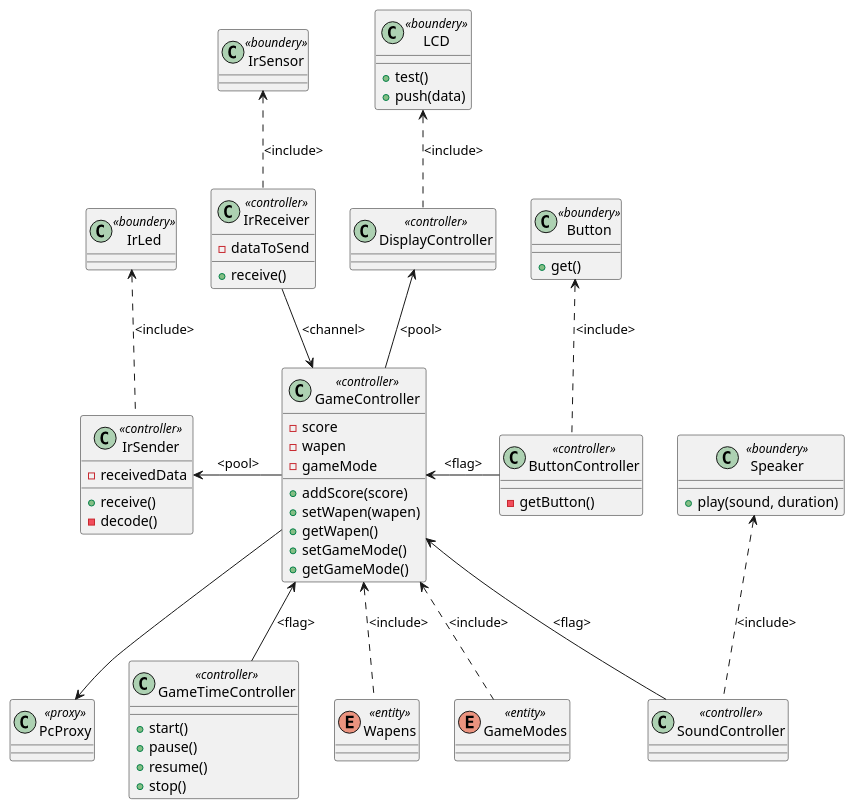
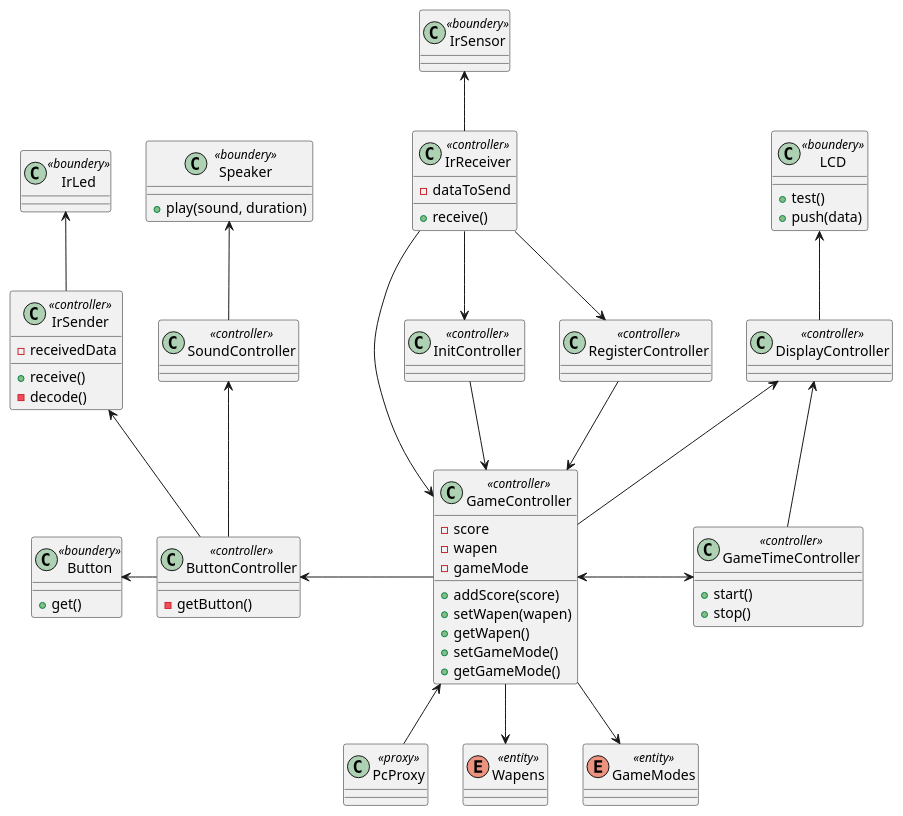
Before and after one commit to DavidDriessen/Skilled-Eagle_Lazer-Game: the diagram in Docs/architecture/class.puml, drawn with PlantUML. The commit also changed 1 other file, not shown here.

Commit message:
class diagram update

```diff
--- a/Docs/architecture/class.puml
+++ b/Docs/architecture/class.puml
@@ -1,77 +1,84 @@
 @startuml
 
 class LCD <<boundery>> {
 +test()
 +push(data)
 }
 class IrSensor <<boundery>> {
 }
 class IrLed <<boundery>> {
 }
 class Button <<boundery>> {
 +get()
 }
 class Speaker <<boundery>> {
 +play(sound, duration)
 }
 
 class PcProxy <<proxy>> {
 }
 
 class IrReceiver <<controller>> {
 -dataToSend
 +receive()
 }
 class IrSender <<controller>> {
 -receivedData
 +receive()
 -decode()
 }
 class SoundController <<controller>> {
 }
 class DisplayController <<controller>> {
 }
 class ButtonController <<controller>> {
 -getButton()
 }
 class GameController <<controller>> {
 -score
 -wapen
 -gameMode
 +addScore(score)
 +setWapen(wapen)
 +getWapen()
 +setGameMode()
 +getGameMode()
 }
 class GameTimeController <<controller>> {
 +start()
-+pause()
-+resume()
 +stop()
+}
+class InitController <<controller>> {
+}
+class RegisterController <<controller>> {
 }
 
 enum Wapens <<entity>>
 enum GameModes <<entity>>
 
-GameController <-.  Wapens: <include>
-GameController <-. GameModes: <include>
+LCD <-- DisplayController
+IrSensor <-- IrReceiver
+IrLed <-- IrSender
+Button <- ButtonController
+Speaker <-- SoundController
 
-LCD <-. DisplayController: <include>
-IrSensor <-. IrReceiver: <include>
-IrLed <-. IrSender: <include>
-Button <-. ButtonController: <include>
-Speaker <-. SoundController: <include>
+IrReceiver --> GameController
+IrReceiver --> InitController
+IrReceiver --> RegisterController
 
-IrReceiver --> GameController: <channel>
-DisplayController <-- GameController: <pool>
-IrSender <- GameController: <pool>
-GameController <- ButtonController: <flag>
-GameController <-- GameTimeController: <flag>
-GameController <-- SoundController: <flag>
-GameController --> PcProxy
+InitController --> GameController
+RegisterController --> GameController
 
+GameController <-> GameTimeController
+DisplayController <-- GameTimeController
+DisplayController <-- GameController
 
+ButtonController <- GameController
+IrSender <-- ButtonController
+SoundController <-- ButtonController
 
+GameController -->  Wapens
+GameController --> GameModes
+GameController <-- PcProxy
 
 @enduml
```
